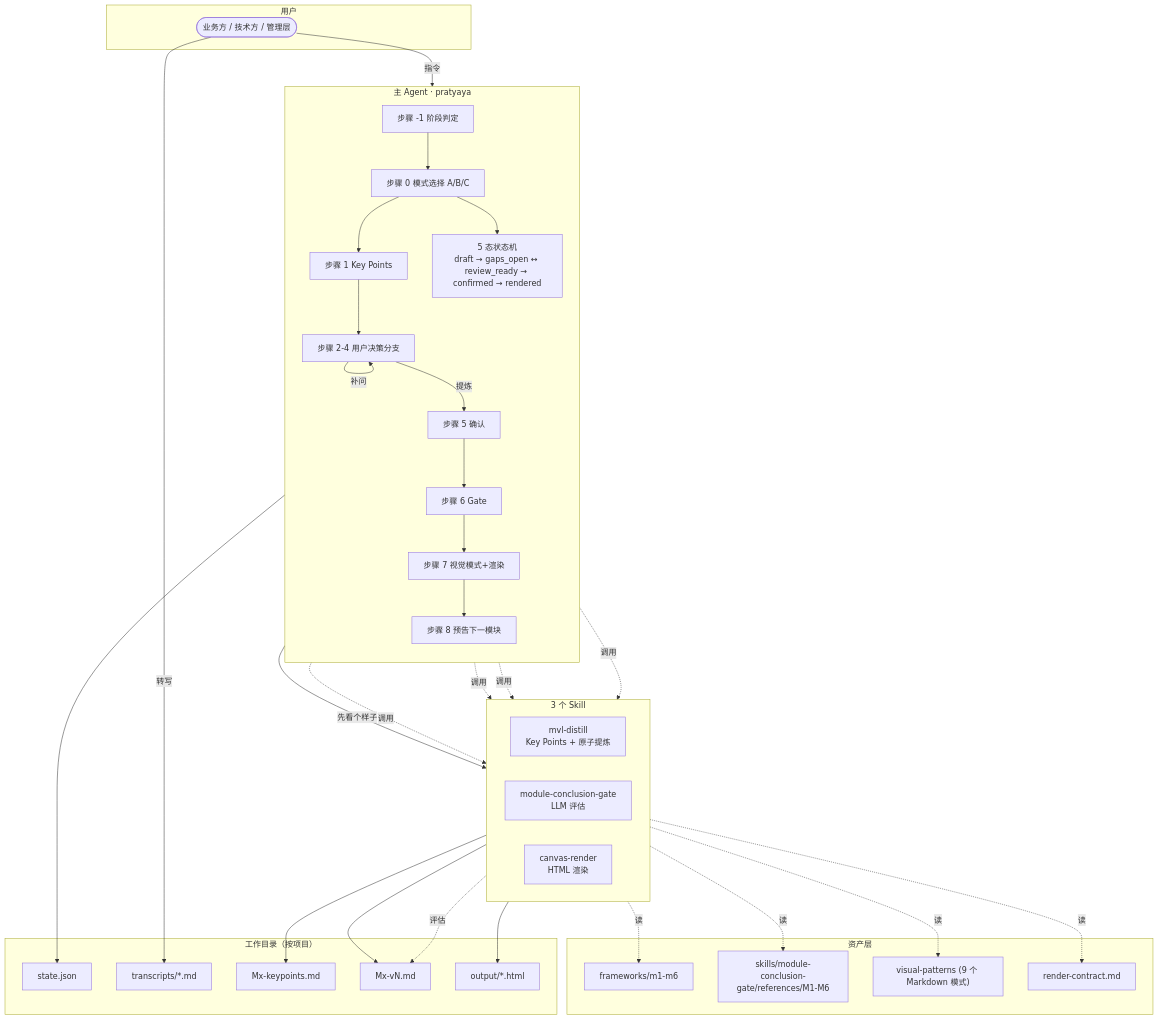
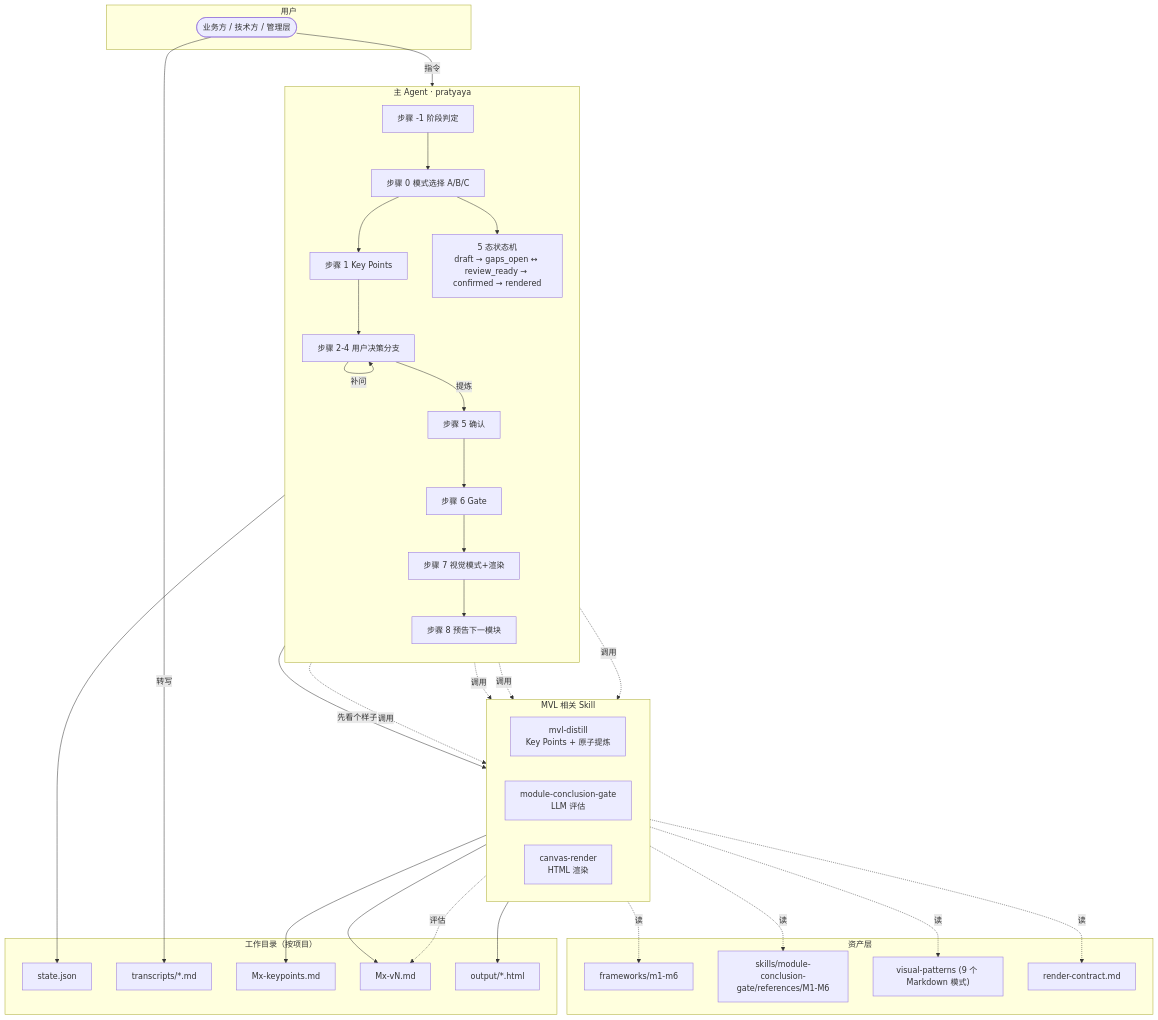
One commit to wanghongbj321-code/pratyaya changed the ninth of 9 diagrams in docs/MVL-整体架构设计.md. Above: the diagram before and after it, drawn with Mermaid. The commit also changed other lines of this file and 42 other files, not shown here.

````diff
--- a/docs/MVL-整体架构设计.md
+++ b/docs/MVL-整体架构设计.md
@@ -696,67 +696,67 @@
 ```mermaid
 flowchart TB
     subgraph USER["用户"]
         U(["业务方 / 技术方 / 管理层"])
     end
 
     subgraph AGENT["主 Agent · pratyaya"]
         direction TB
         S0["步骤 -1 阶段判定"]
         S1["步骤 0 模式选择 A/B/C"]
         S2["步骤 1 Key Points"]
         S3["步骤 2-4 用户决策分支"]
         S5["步骤 5 确认"]
         S6["步骤 6 Gate"]
         S7["步骤 7 视觉模式+渲染"]
         S8["步骤 8 预告下一模块"]
         SM["5 态状态机<br/>draft → gaps_open ↔ review_ready → confirmed → rendered"]
     end
 
-    subgraph SKILLS["3 个 Skill"]
+    subgraph SKILLS["MVL 相关 Skill"]
         direction LR
         SK1["mvl-distill<br/>Key Points + 原子提炼"]
         SK2["module-conclusion-gate<br/>LLM 评估"]
         SK3["canvas-render<br/>HTML 渲染"]
     end
 
     subgraph ASSETS["资产层"]
         FW["frameworks/m1-m6"]
         GP["skills/module-conclusion-gate/references/M1-M6"]
         VP["visual-patterns (9 个 Markdown 模式)"]
         RC["render-contract.md"]
     end
 
     subgraph WORK["工作目录（按项目）"]
         ST["state.json"]
         TR["transcripts/*.md"]
         KP["Mx-keypoints.md"]
         MX["Mx-vN.md"]
         OUT["output/*.html"]
     end
 
     U -->|指令| S0
     S0 --> S1
     S1 --> S2
     S2 --> S3
     S3 -->|提炼| S5
     S3 -->|补问| S3
     S3 -->|先看个样子| SK3
     S5 --> S6
     S6 --> S7
     S7 --> S8
     S2 -.->|调用| SK1
     S5 -.->|调用| SK1
     S6 -.->|调用| SK2
     S7 -.->|调用| SK3
     SK1 -.读.-> FW
     SK2 -.读.-> GP
     SK3 -.读.-> RC
     SK3 -.读.-> VP
     S1 --> SM
     SK1 --> KP
     SK1 --> MX
     SK2 -.评估.-> MX
     SK3 --> OUT
     SM --> ST
     U -->|转写| TR
 ```
````
